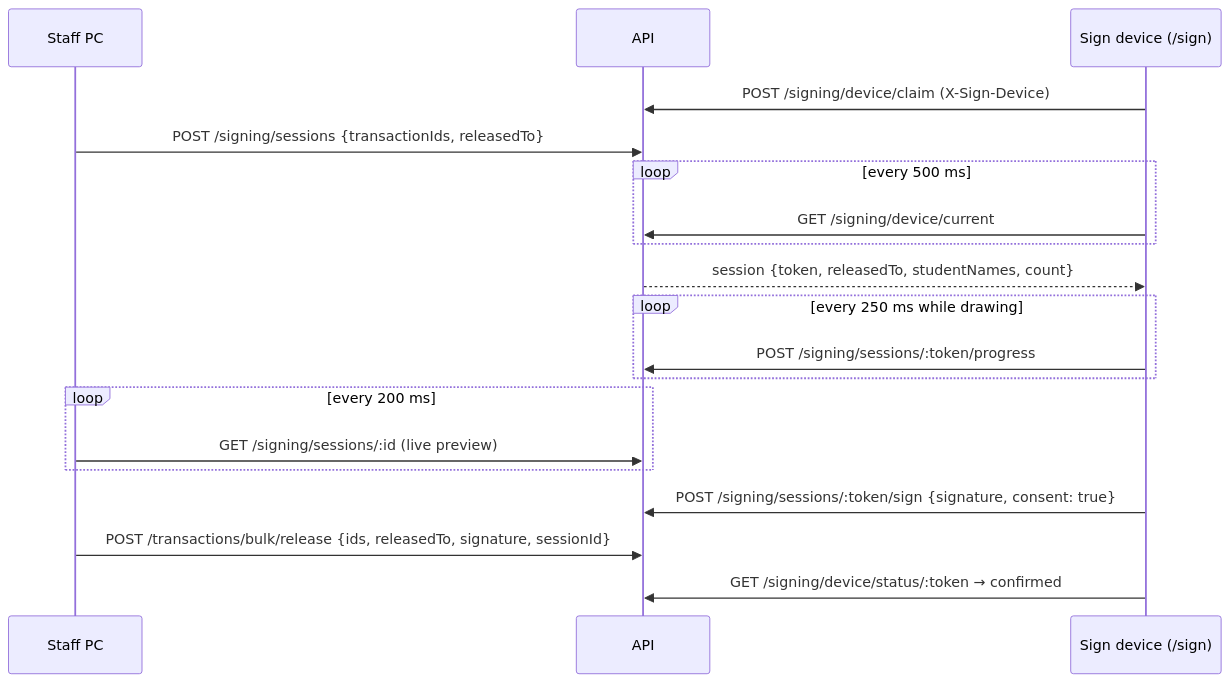
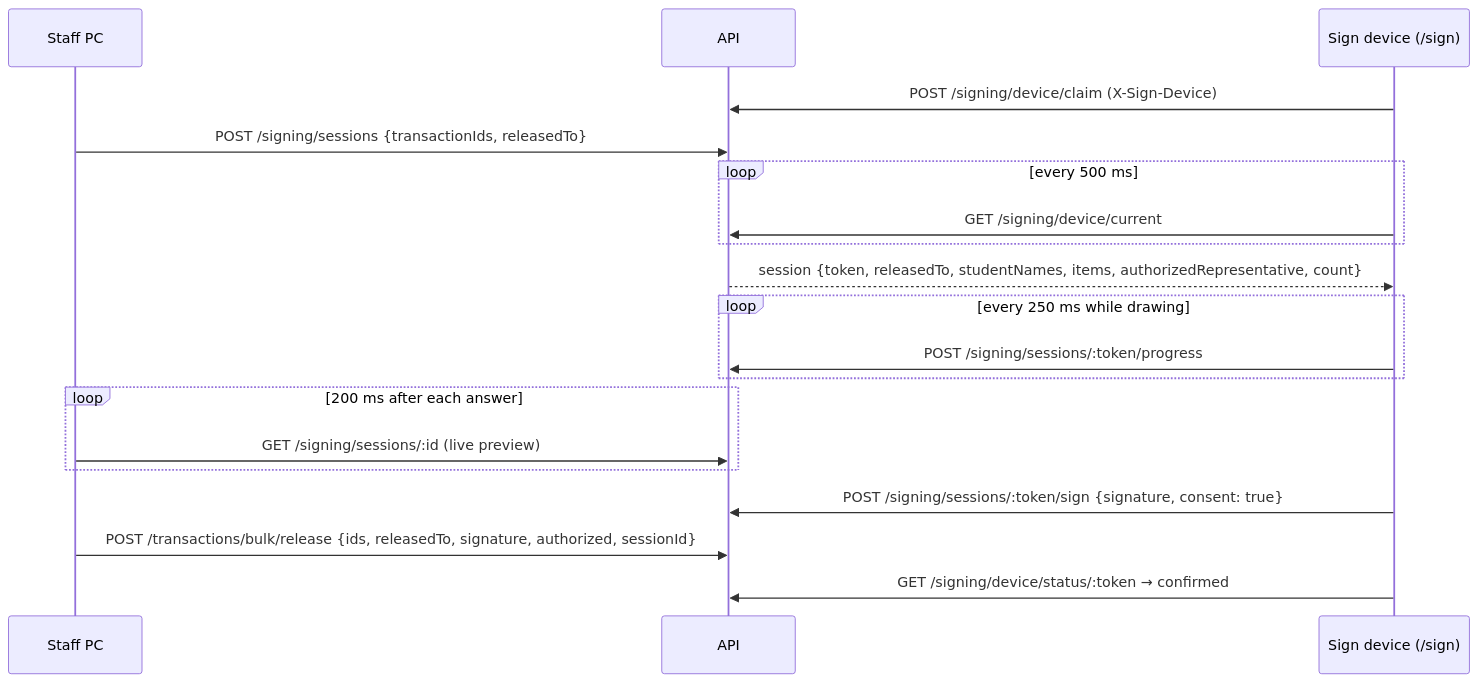
The fourth of 4 diagrams in docs/TECHNICAL_DESIGN.md (paopao-GG/registrar-management-tracking-system), drawn with Mermaid before and after one commit. The commit also changed other lines of this file and 5 other files, not shown here.

````diff
--- a/docs/TECHNICAL_DESIGN.md
+++ b/docs/TECHNICAL_DESIGN.md
@@ -171,21 +196,21 @@
 ```mermaid
 sequenceDiagram
   participant S as Staff PC
   participant API
   participant T as Sign device (/sign)
   T->>API: POST /signing/device/claim (X-Sign-Device)
   S->>API: POST /signing/sessions {transactionIds, releasedTo}
   loop every 500 ms
     T->>API: GET /signing/device/current
   end
-  API-->>T: session {token, releasedTo, studentNames, count}
+  API-->>T: session {token, releasedTo, studentNames, items, authorizedRepresentative, count}
   loop every 250 ms while drawing
     T->>API: POST /signing/sessions/:token/progress
   end
-  loop every 200 ms
+  loop 200 ms after each answer
     S->>API: GET /signing/sessions/:id (live preview)
   end
   T->>API: POST /signing/sessions/:token/sign {signature, consent: true}
-  S->>API: POST /transactions/bulk/release {ids, releasedTo, signature, sessionId}
+  S->>API: POST /transactions/bulk/release {ids, releasedTo, signature, authorized, sessionId}
   T->>API: GET /signing/device/status/:token → confirmed
 ```
````
